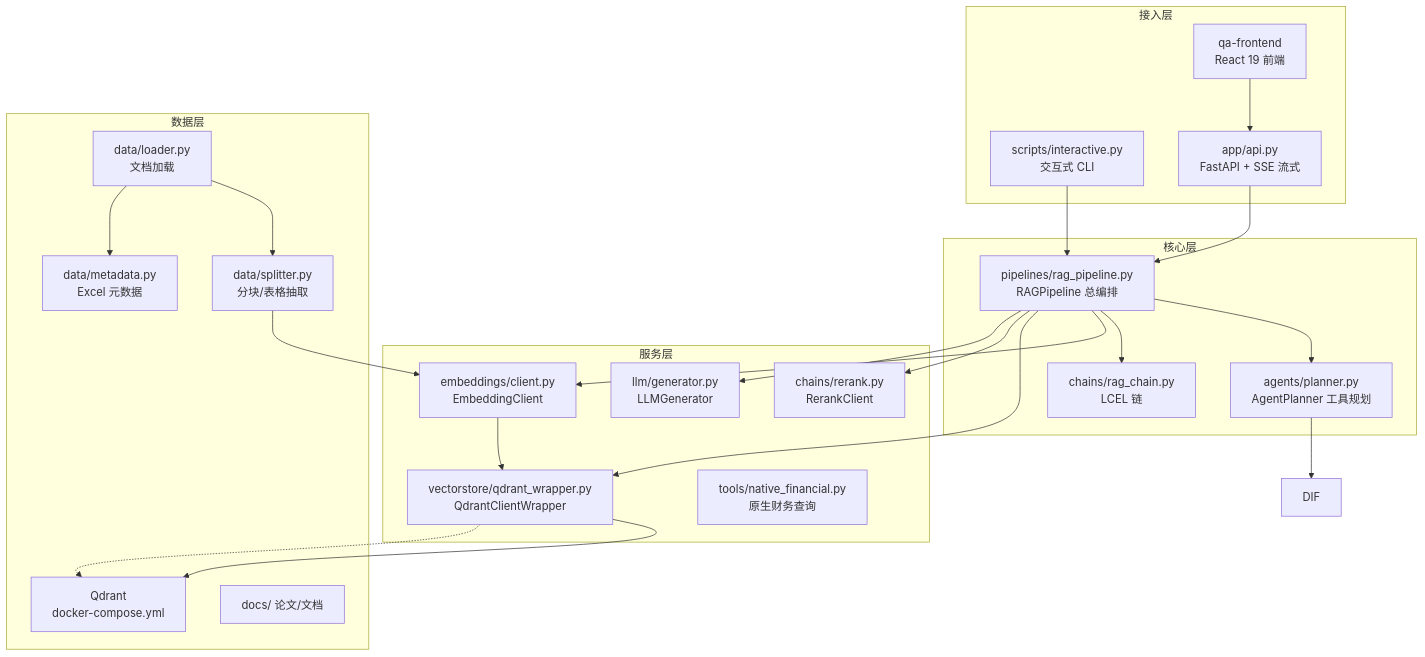
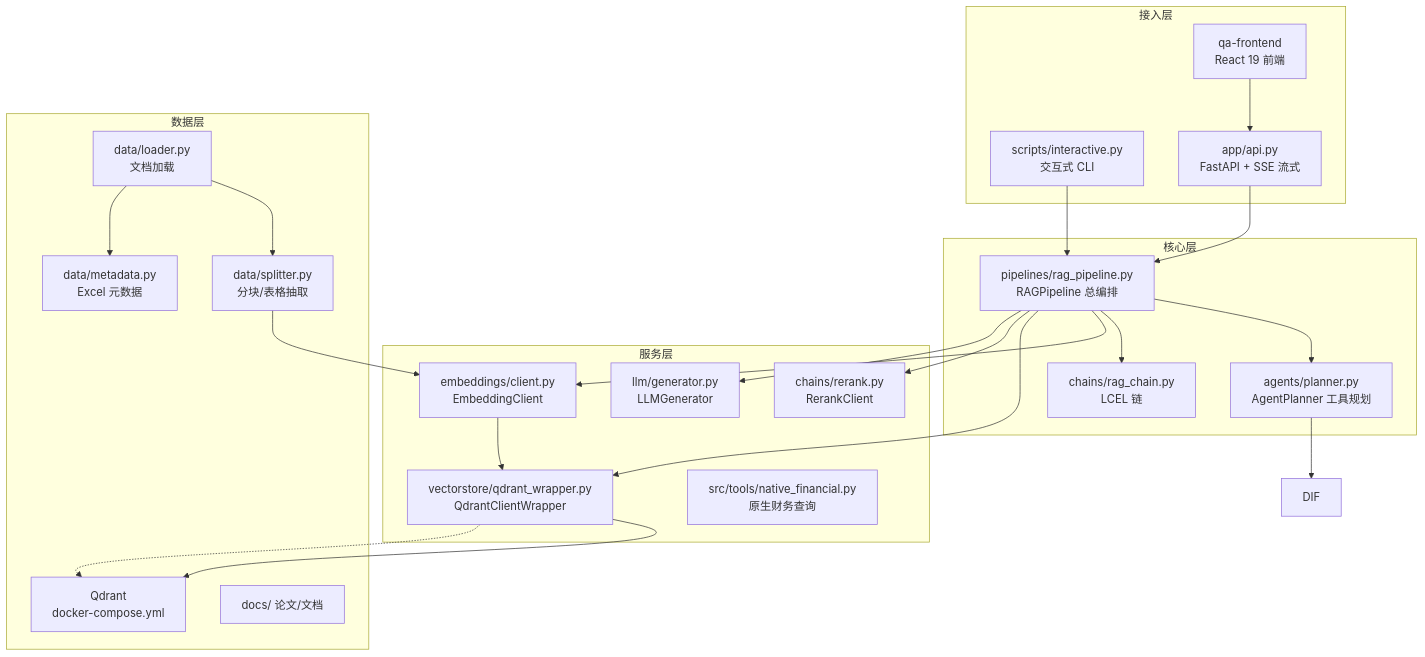
Before and after one commit to autumnieave/smart-financial-qa: the first of 4 diagrams in docs/ARCHITECTURE.md, drawn with Mermaid. The commit also changed other lines of this file and 7 other files, not shown here.

First line of the commit message:
docs: ⑤ 收口 —— 8 份活文档 tools/ 路径同步为 src/tools/

````diff
--- a/docs/ARCHITECTURE.md
+++ b/docs/ARCHITECTURE.md
@@ -12,44 +12,44 @@
 ```mermaid
 flowchart TD
     subgraph UI["接入层"]
         CLI["scripts/interactive.py<br/>交互式 CLI"]
         API["app/api.py<br/>FastAPI + SSE 流式"]
         WEB["qa-frontend<br/>React 19 前端"]
     end
 
     subgraph CORE["核心层"]
         PIP["pipelines/rag_pipeline.py<br/>RAGPipeline 总编排"]
         AG["agents/planner.py<br/>AgentPlanner 工具规划"]
         CH["chains/rag_chain.py<br/>LCEL 链"]
     end
 
     subgraph SVC["服务层"]
         EMB["embeddings/client.py<br/>EmbeddingClient"]
         VS["vectorstore/qdrant_wrapper.py<br/>QdrantClientWrapper"]
         RR["chains/rerank.py<br/>RerankClient"]
         LLM["llm/generator.py<br/>LLMGenerator"]
-        FIN["tools/native_financial.py<br/>原生财务查询"]
+        FIN["src/tools/native_financial.py<br/>原生财务查询"]
     end
 
     subgraph DATA["数据层"]
         LD["data/loader.py<br/>文档加载"]
         SP["data/splitter.py<br/>分块/表格抽取"]
         MD["data/metadata.py<br/>Excel 元数据"]
         QD["Qdrant<br/>docker-compose.yml"]
         DOCS["docs/ 论文/文档"]
     end
 
     CLI --> PIP
     API --> PIP
     WEB --> API
     PIP --> AG
     PIP --> CH
     PIP --> EMB
     PIP --> VS
     PIP --> RR
     PIP --> LLM
     AG --> DIF
     LD --> SP --> EMB --> VS --> QD
     LD --> MD
     VS -.-> QD
 ```
````
